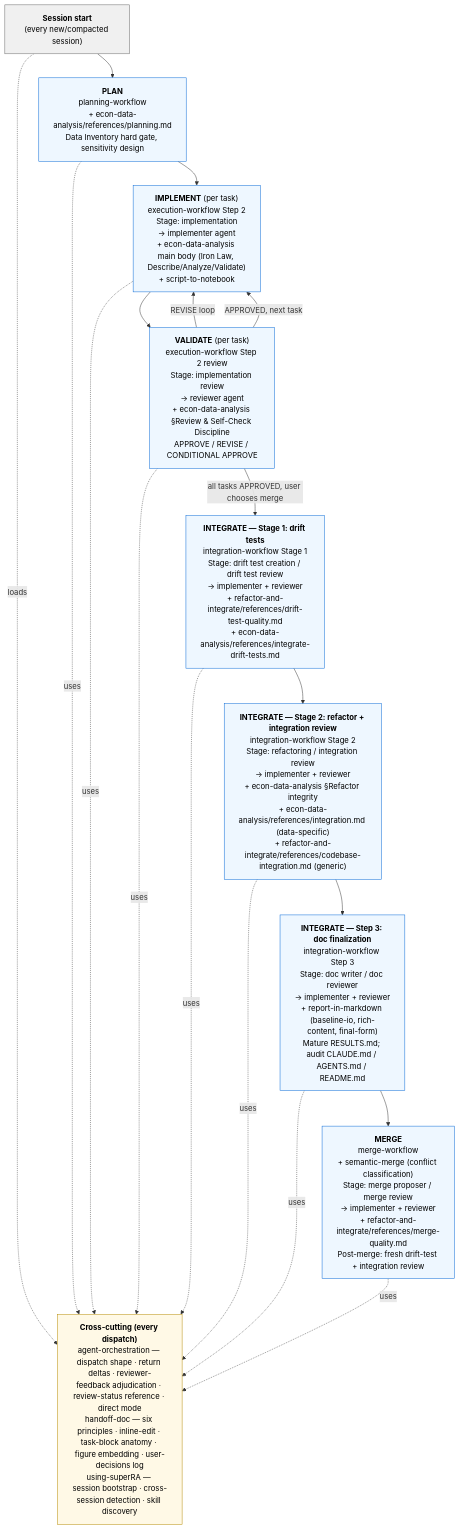
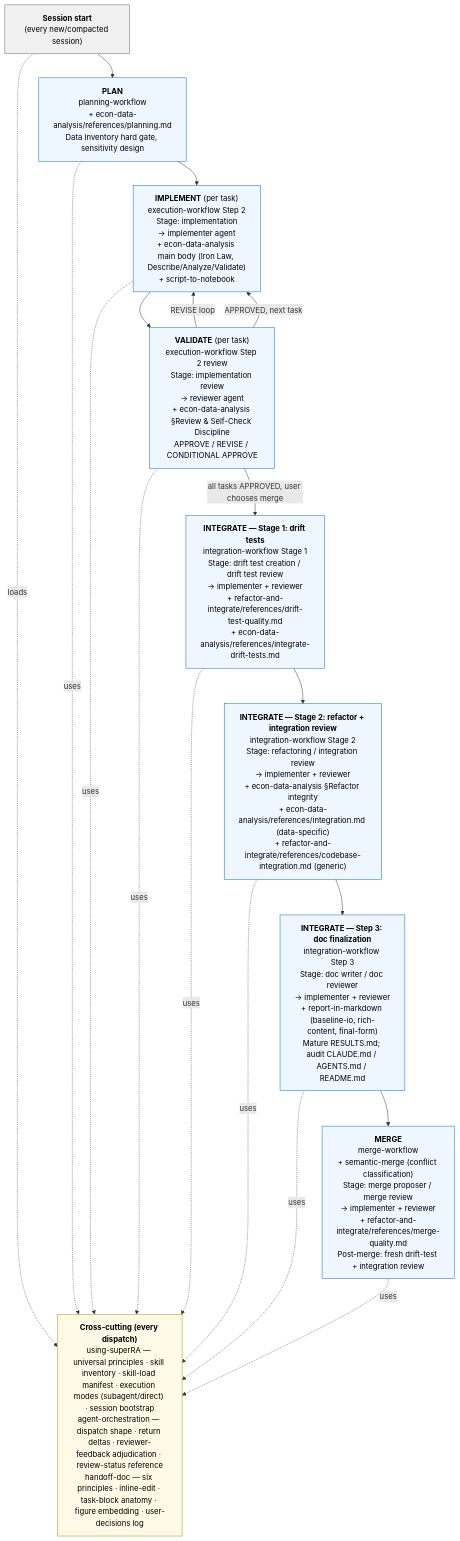
One commit to FuZhiyu/superRA changed the diagram in README.md. Above: the diagram before and after it, drawn with Mermaid. The commit also changed 1 other file, not shown here.

Commit message:
refactor: finalize Direct Mode relocation to using-superRA §Execution Modes
Last three Direct Mode pointers retarget from superRA:agent-orchestration
§Direct Mode (deleted in Task 16) to superRA:using-superRA §Execution
Modes (added in Task 14):

- skills/execution-workflow/SKILL.md — Per-Task step 1 + "In direct mode:"
  parenthetical; obsolete HTML comment removed.
- README.md — workflow-map CROSS node reordered with using-superRA
  listed first and execution modes attributed to it.

````diff
--- a/README.md
+++ b/README.md
@@ -49,45 +49,45 @@
 ```mermaid
 flowchart TB
     SESSION["<b>Session start</b><br/>(every new/compacted session)"]
     SESSION --> PLAN
 
     PLAN["<b>PLAN</b><br/>planning-workflow<br/>+ econ-data-analysis/references/planning.md<br/>Data Inventory hard gate, sensitivity design"]
     PLAN --> IMPL
 
     IMPL["<b>IMPLEMENT</b> (per task)<br/>execution-workflow Step 2<br/>Stage: implementation<br/>→ implementer agent<br/>+ econ-data-analysis main body (Iron Law, Describe/Analyze/Validate)<br/>+ script-to-notebook"]
     IMPL --> VAL
 
     VAL["<b>VALIDATE</b> (per task)<br/>execution-workflow Step 2 review<br/>Stage: implementation review<br/>→ reviewer agent<br/>+ econ-data-analysis §Review &amp; Self-Check Discipline<br/>APPROVE / REVISE / CONDITIONAL APPROVE"]
     VAL -->|REVISE loop| IMPL
     VAL -->|APPROVED, next task| IMPL
     VAL -->|all tasks APPROVED, user chooses merge| INT1
 
     INT1["<b>INTEGRATE — Stage 1: drift tests</b><br/>integration-workflow Stage 1<br/>Stage: drift test creation / drift test review<br/>→ implementer + reviewer<br/>+ refactor-and-integrate/references/drift-test-quality.md<br/>+ econ-data-analysis/references/integrate-drift-tests.md"]
     INT1 --> INT2
 
     INT2["<b>INTEGRATE — Stage 2: refactor + integration review</b><br/>integration-workflow Stage 2<br/>Stage: refactoring / integration review<br/>→ implementer + reviewer<br/>+ econ-data-analysis §Refactor integrity<br/>+ econ-data-analysis/references/integration.md (data-specific)<br/>+ refactor-and-integrate/references/codebase-integration.md (generic)"]
     INT2 --> INT3
 
     INT3["<b>INTEGRATE — Step 3: doc finalization</b><br/>integration-workflow Step 3<br/>Stage: doc writer / doc reviewer<br/>→ implementer + reviewer<br/>+ report-in-markdown (baseline-io, rich-content, final-form)<br/>Mature RESULTS.md; audit CLAUDE.md / AGENTS.md / README.md"]
     INT3 --> MERGE
 
     MERGE["<b>MERGE</b><br/>merge-workflow<br/>+ semantic-merge (conflict classification)<br/>Stage: merge proposer / merge review<br/>→ implementer + reviewer<br/>+ refactor-and-integrate/references/merge-quality.md<br/>Post-merge: fresh drift-test + integration review"]
 
-    CROSS["<b>Cross-cutting (every dispatch)</b><br/>agent-orchestration — dispatch shape · return deltas · reviewer-feedback adjudication · review-status reference · direct mode<br/>handoff-doc — six principles · inline-edit · task-block anatomy · figure embedding · user-decisions log<br/>using-superRA — session bootstrap · cross-session detection · skill discovery"]
+    CROSS["<b>Cross-cutting (every dispatch)</b><br/>using-superRA — universal principles · skill inventory · skill-load manifest · execution modes (subagent/direct) · session bootstrap<br/>agent-orchestration — dispatch shape · return deltas · reviewer-feedback adjudication · review-status reference<br/>handoff-doc — six principles · inline-edit · task-block anatomy · figure embedding · user-decisions log"]
 
     SESSION -.loads.-> CROSS
     PLAN -.uses.-> CROSS
     IMPL -.uses.-> CROSS
     VAL -.uses.-> CROSS
     INT1 -.uses.-> CROSS
     INT2 -.uses.-> CROSS
     INT3 -.uses.-> CROSS
     MERGE -.uses.-> CROSS
 
     classDef phase fill:#eef7ff,stroke:#0366d6,stroke-width:1px,color:#000
     classDef cross fill:#fff9e6,stroke:#b58900,stroke-width:1px,color:#000
     classDef session fill:#f0f0f0,stroke:#666,color:#000
     class PLAN,IMPL,VAL,INT1,INT2,INT3,MERGE phase
     class CROSS cross
     class SESSION session
 ```
````
